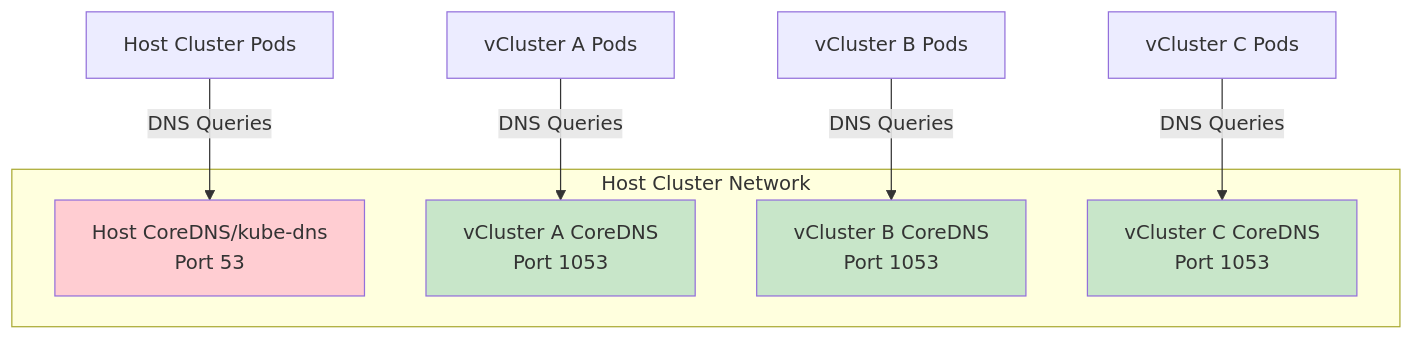
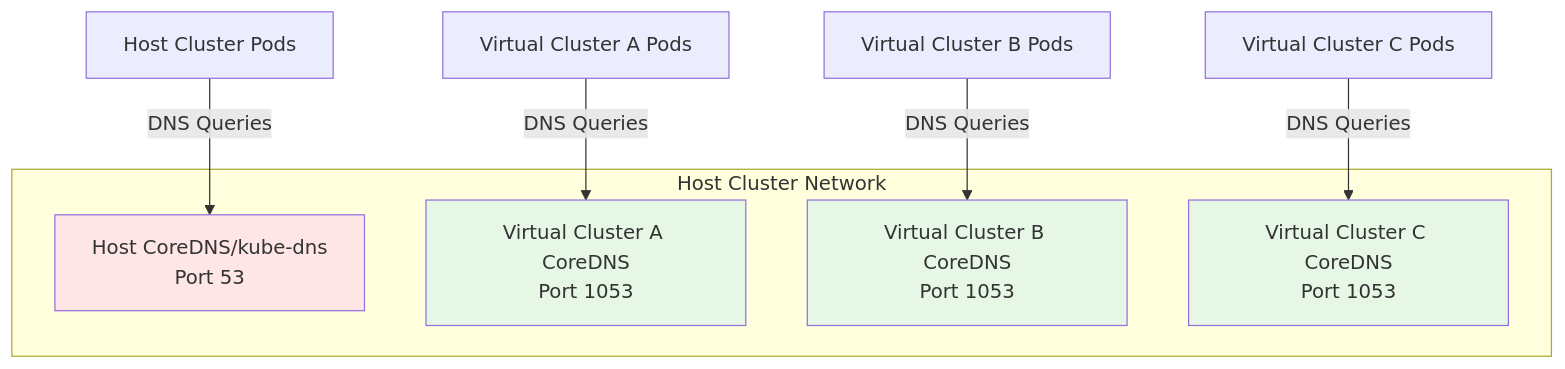
The third of 4 diagrams in vcluster/configure/vcluster-yaml/control-plane/components/coredns.mdx (loft-sh/vcluster-docs), drawn with Mermaid before and after one commit. The commit also changed other lines of this file, not shown here.

````diff
--- a/vcluster/configure/vcluster-yaml/control-plane/components/coredns.mdx
+++ b/vcluster/configure/vcluster-yaml/control-plane/components/coredns.mdx
@@ -115,19 +106,19 @@
 ```mermaid
 graph TD
     subgraph "Host Cluster Network"
         A[Host CoreDNS/kube-dns<br/>Port 53] 
-        B[vCluster A CoreDNS<br/>Port 1053]
-        C[vCluster B CoreDNS<br/>Port 1053]
-        D[vCluster C CoreDNS<br/>Port 1053]
+        B[Virtual Cluster A CoreDNS<br/>Port 1053]
+        C[Virtual Cluster B CoreDNS<br/>Port 1053]
+        D[Virtual Cluster C CoreDNS<br/>Port 1053]
     end
     
     E[Host Cluster Pods] -->|DNS Queries| A
-    F[vCluster A Pods] -->|DNS Queries| B
-    G[vCluster B Pods] -->|DNS Queries| C
-    H[vCluster C Pods] -->|DNS Queries| D
+    F[Virtual Cluster A Pods] -->|DNS Queries| B
+    G[Virtual Cluster B Pods] -->|DNS Queries| C
+    H[Virtual Cluster C Pods] -->|DNS Queries| D
     
-    style A fill:#ffcdd2
-    style B fill:#c8e6c9
-    style C fill:#c8e6c9
-    style D fill:#c8e6c9
+    style A fill:#ffe6e6
+    style B fill:#e6f7e6
+    style C fill:#e6f7e6
+    style D fill:#e6f7e6
 ```
````
